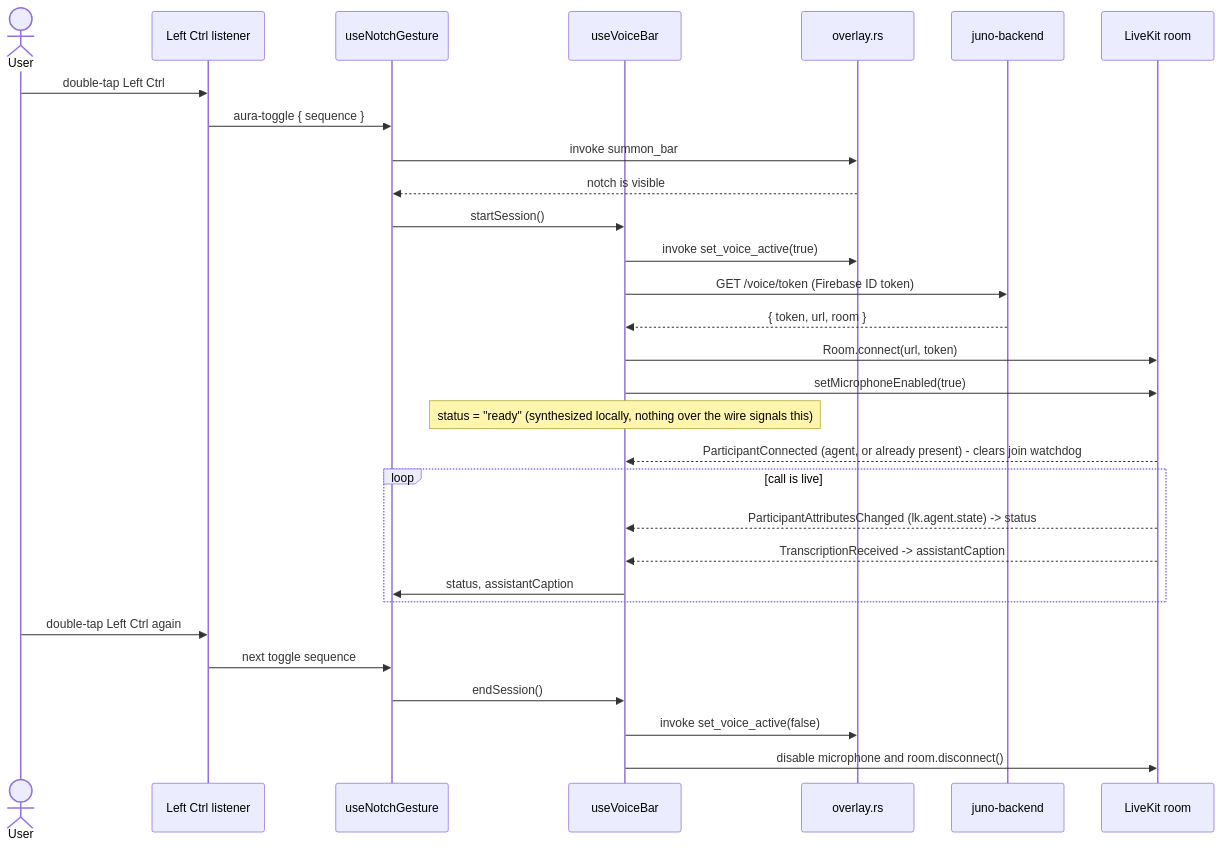
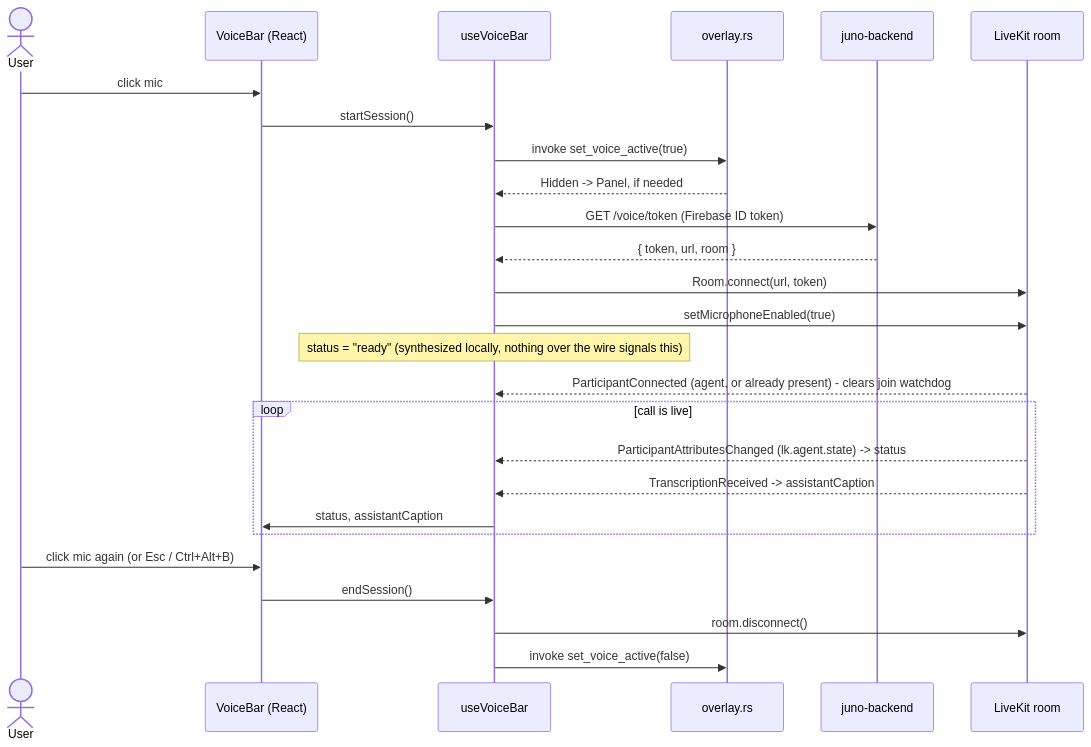
Before and after one commit to AuraVoice/Aura-Desktop: the third of 6 diagrams in README.md, drawn with Mermaid. The commit also changed other lines of this file, not shown here.

Commit message:
docs: simplify README and fix Mermaid

````diff
--- a/README.md
+++ b/README.md
@@ -229,33 +181,29 @@
 ```mermaid
 sequenceDiagram
     actor User
-    participant Key as Left Ctrl listener
-    participant Notch as useNotchGesture
+    participant Bar as VoiceBar (React)
     participant Hook as useVoiceBar
     participant Rust as overlay.rs
     participant Backend as juno-backend
     participant LK as LiveKit room
 
-    User->>Key: double-tap Left Ctrl
-    Key->>Notch: aura-toggle { sequence }
-    Notch->>Rust: invoke summon_bar
-    Rust-->>Notch: notch is visible
-    Notch->>Hook: startSession()
+    User->>Bar: click mic
+    Bar->>Hook: startSession()
     Hook->>Rust: invoke set_voice_active(true)
+    Rust-->>Hook: Hidden -> Panel, if needed
     Hook->>Backend: GET /voice/token (Firebase ID token)
     Backend-->>Hook: { token, url, room }
     Hook->>LK: Room.connect(url, token)
     Hook->>LK: setMicrophoneEnabled(true)
     Note over Hook: status = "ready" (synthesized locally, nothing over the wire signals this)
     LK-->>Hook: ParticipantConnected (agent, or already present) - clears join watchdog
     loop call is live
         LK-->>Hook: ParticipantAttributesChanged (lk.agent.state) -> status
         LK-->>Hook: TranscriptionReceived -> assistantCaption
-        Hook->>Notch: status, assistantCaption
+        Hook->>Bar: status, assistantCaption
     end
-    User->>Key: double-tap Left Ctrl again
-    Key->>Notch: next toggle sequence
-    Notch->>Hook: endSession()
+    User->>Bar: click mic again (or Esc / Ctrl+Alt+B)
+    Bar->>Hook: endSession()
+    Hook->>LK: room.disconnect()
     Hook->>Rust: invoke set_voice_active(false)
-    Hook->>LK: disable microphone and room.disconnect()
 ```
````
